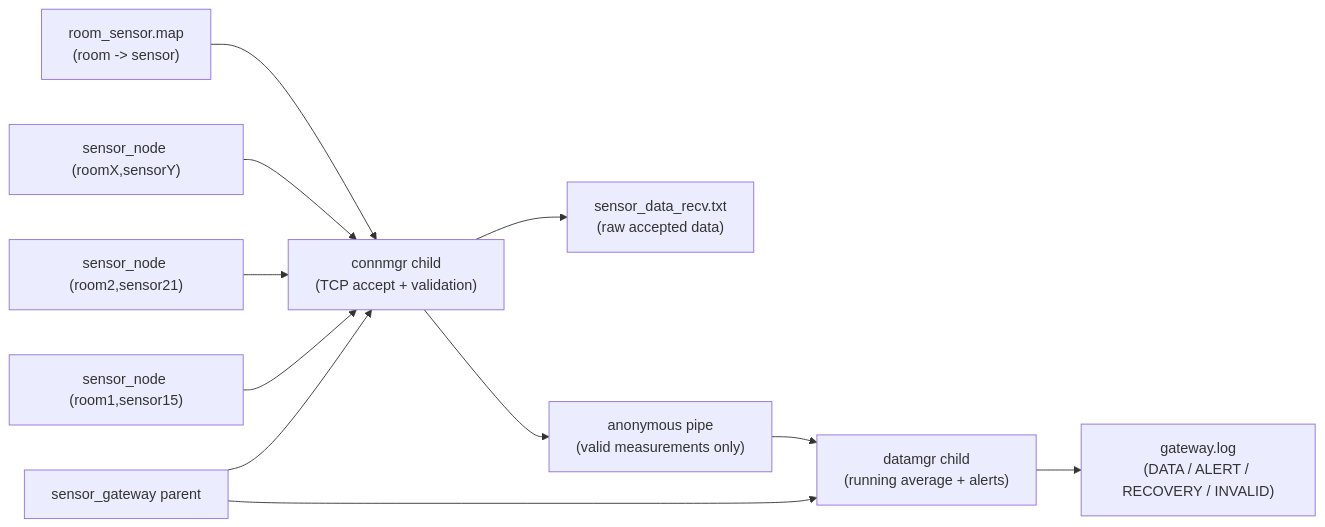
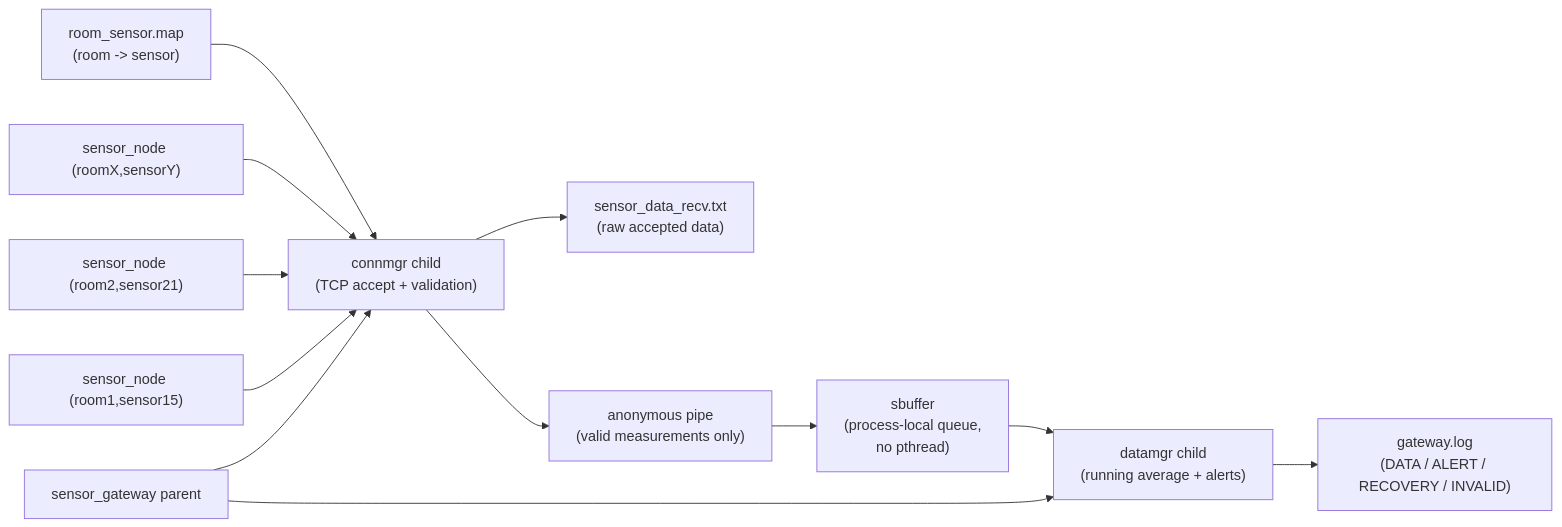
One commit to YongkaiZHANG/software changed the diagram in README.md. Above: the diagram before and after it, drawn with Mermaid. The commit also changed other lines of this file and 6 other files, not shown here.

Commit message:
Use sbuffer without pthread in process-based pipeline

````diff
--- a/README.md
+++ b/README.md
@@ -21,14 +22,15 @@
 ```mermaid
 flowchart LR
     MAIN["sensor_gateway parent"] --> CM["connmgr child\n(TCP accept + validation)"]
     MAIN --> DM["datamgr child\n(running average + alerts)"]
     S1["sensor_node (room1,sensor15)"] --> CM
     S2["sensor_node (room2,sensor21)"] --> CM
     S3["sensor_node (roomX,sensorY)"] --> CM
 
     MAP["room_sensor.map\n(room -> sensor)"] --> CM
     CM --> RAW["sensor_data_recv.txt\n(raw accepted data)"]
     CM --> PIPE["anonymous pipe\n(valid measurements only)"]
-    PIPE --> DM
+    PIPE --> SB["sbuffer\n(process-local queue,\nno pthread)"]
+    SB --> DM
     DM --> LOG["gateway.log\n(DATA / ALERT / RECOVERY / INVALID)"]
 ```
````
